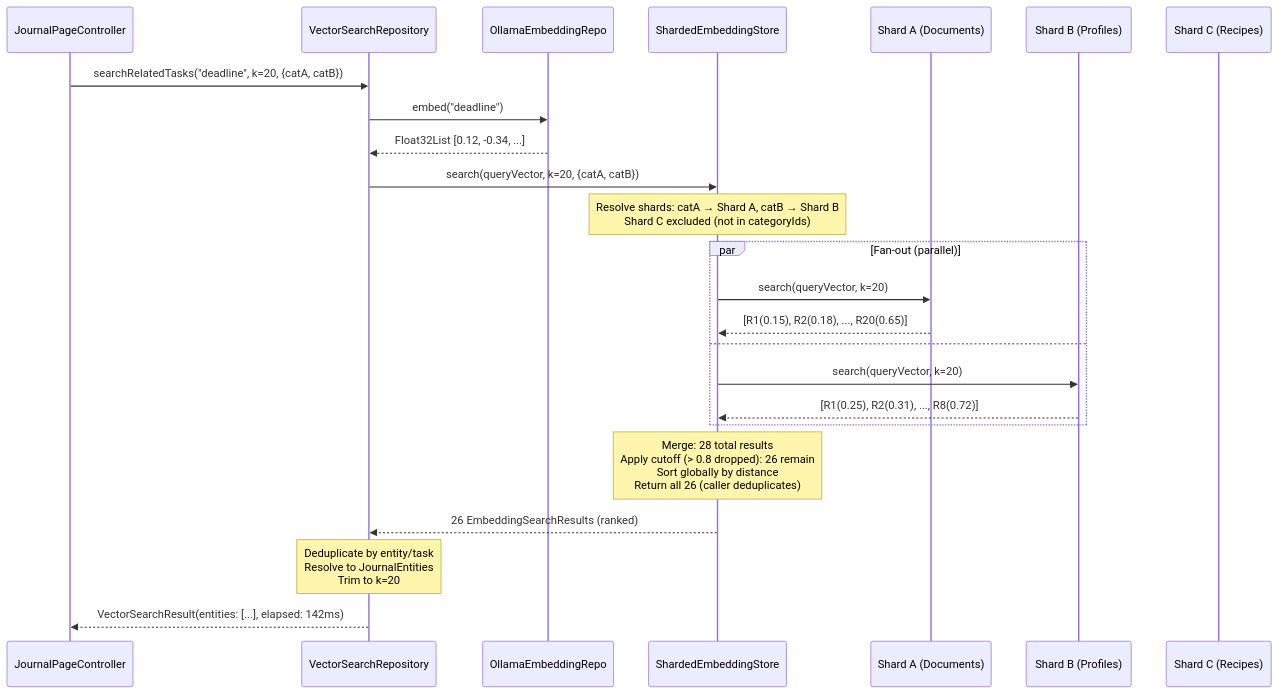
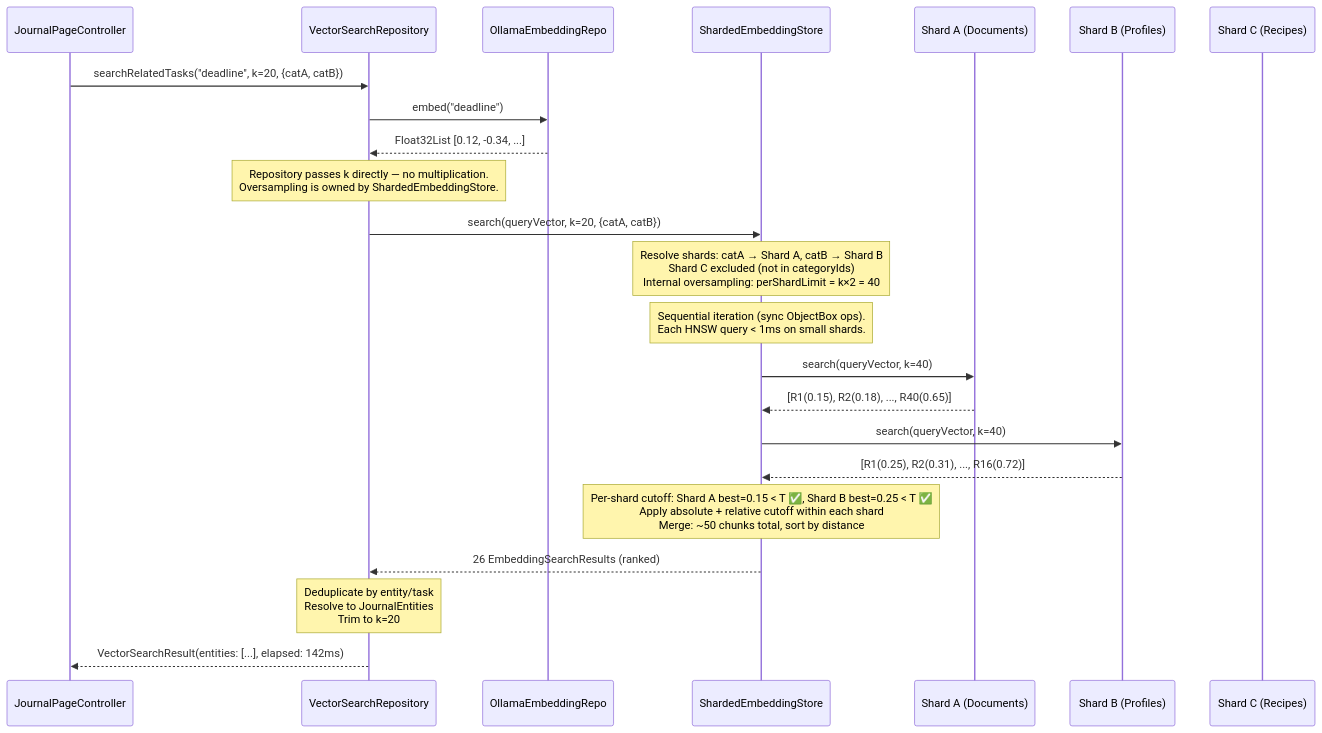
The ninth of 27 diagrams in docs/implementation_plans/2026-03-07_sharded_vector_search.md (matthiasn/lotti), drawn with Mermaid before and after one commit. The commit also changed other lines of this file, not shown here.

````diff
--- a/docs/implementation_plans/2026-03-07_sharded_vector_search.md
+++ b/docs/implementation_plans/2026-03-07_sharded_vector_search.md
@@ -407,34 +413,35 @@
 ```mermaid
 sequenceDiagram
     participant UI as JournalPageController
     participant VSR as VectorSearchRepository
     participant OER as OllamaEmbeddingRepo
     participant SES as ShardedEmbeddingStore
     participant SA as Shard A (Documents)
     participant SB as Shard B (Profiles)
     participant SC as Shard C (Recipes)
 
     UI->>VSR: searchRelatedTasks("deadline", k=20, {catA, catB})
     VSR->>OER: embed("deadline")
     OER-->>VSR: Float32List [0.12, -0.34, ...]
 
+    Note over VSR: Repository passes k directly — no multiplication.<br/>Oversampling is owned by ShardedEmbeddingStore.
+
     VSR->>SES: search(queryVector, k=20, {catA, catB})
 
-    Note over SES: Resolve shards: catA → Shard A, catB → Shard B<br/>Shard C excluded (not in categoryIds)
+    Note over SES: Resolve shards: catA → Shard A, catB → Shard B<br/>Shard C excluded (not in categoryIds)<br/>Internal oversampling: perShardLimit = k×2 = 40
 
-    par Fan-out (parallel)
-        SES->>SA: search(queryVector, k=20)
-        SA-->>SES: [R1(0.15), R2(0.18), ..., R20(0.65)]
-    and
-        SES->>SB: search(queryVector, k=20)
-        SB-->>SES: [R1(0.25), R2(0.31), ..., R8(0.72)]
-    end
+    Note over SES: Sequential iteration (sync ObjectBox ops).<br/>Each HNSW query < 1ms on small shards.
 
-    Note over SES: Merge: 28 total results<br/>Apply cutoff (> 0.8 dropped): 26 remain<br/>Sort globally by distance<br/>Return all 26 (caller deduplicates)
+    SES->>SA: search(queryVector, k=40)
+    SA-->>SES: [R1(0.15), R2(0.18), ..., R40(0.65)]
+    SES->>SB: search(queryVector, k=40)
+    SB-->>SES: [R1(0.25), R2(0.31), ..., R16(0.72)]
+
+    Note over SES: Per-shard cutoff: Shard A best=0.15 < T ✅, Shard B best=0.25 < T ✅<br/>Apply absolute + relative cutoff within each shard<br/>Merge: ~50 chunks total, sort by distance
 
     SES-->>VSR: 26 EmbeddingSearchResults (ranked)
 
     Note over VSR: Deduplicate by entity/task<br/>Resolve to JournalEntities<br/>Trim to k=20
 
     VSR-->>UI: VectorSearchResult(entities: [...], elapsed: 142ms)
 ```
````
